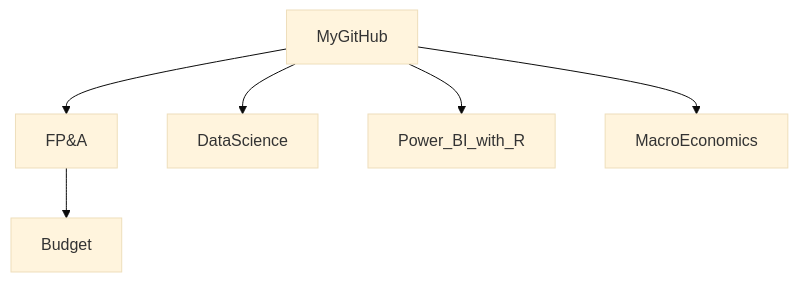
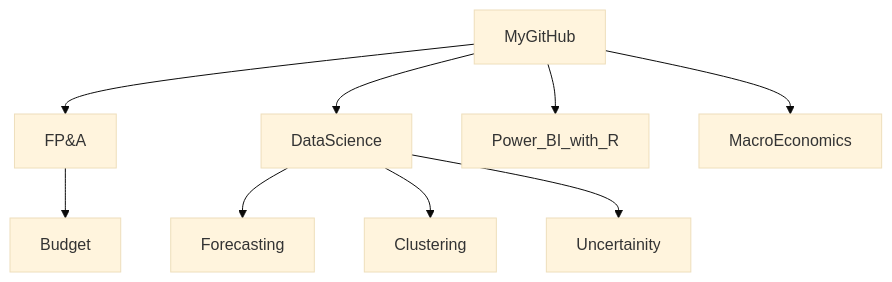
The diagram in README.md (md3629/md3629), drawn with Mermaid (base theme) before and after one commit.

````diff
--- a/README.md
+++ b/README.md
@@ -9,8 +9,11 @@
 ```mermaid
 graph TD;
     MyGitHub-->FP&A;
     FP&A-->Budget;
     MyGitHub-->DataScience;
     MyGitHub-->Power_BI_with_R;
     MyGitHub-->MacroEconomics;
+    DataScience-->Forecasting;
+    DataScience-->Clustering;
+    DataScience-->Uncertainity;
 ```
````
